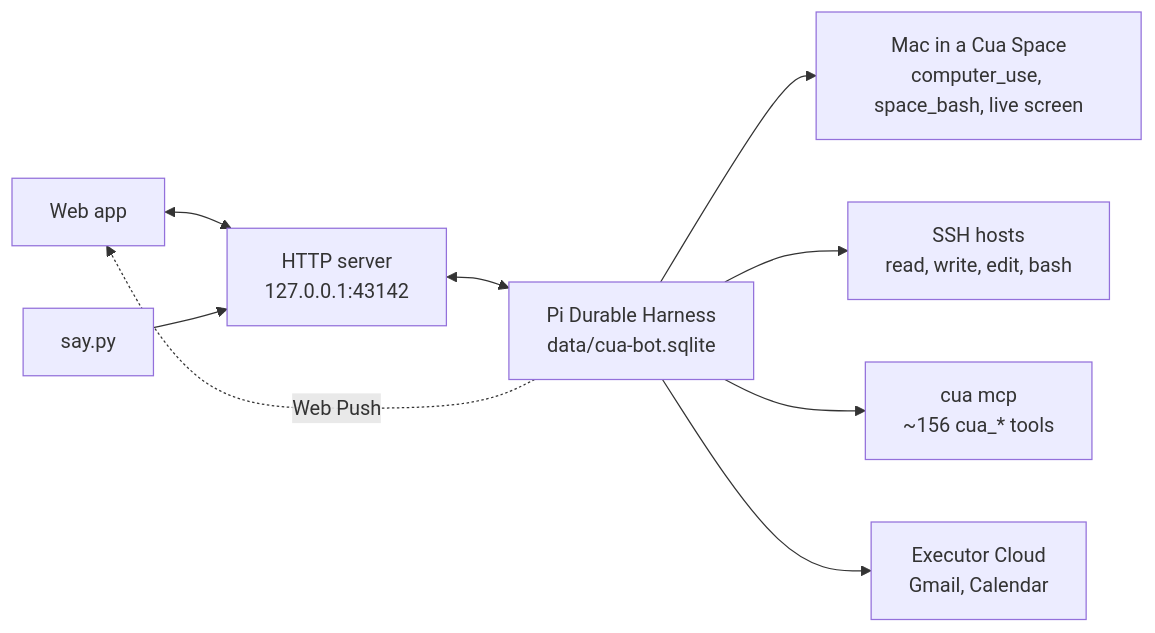
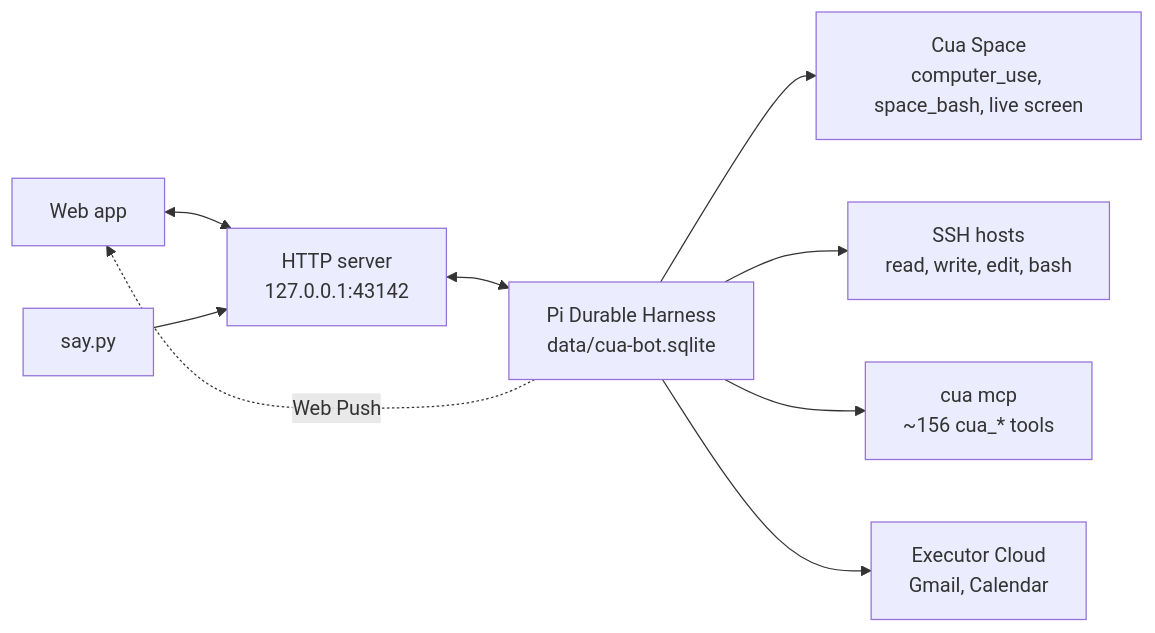
Before and after one commit to stanley50z/cua-bot: the diagram in docs/architecture.md, drawn with Mermaid. The commit also changed other lines of this file and 3 other files, not shown here.

````diff
--- a/docs/architecture.md
+++ b/docs/architecture.md
@@ -5,11 +5,11 @@
 ```mermaid
 flowchart LR
   browser[Web app] <--> server
   say[say.py] --> server
   server["HTTP server<br/>127.0.0.1:43142"] <--> harness["Pi Durable Harness<br/>data/cua-bot.sqlite"]
-  harness --> mac["Mac in a Cua Space<br/>computer_use, space_bash, live screen"]
+  harness --> space["Cua Space<br/>computer_use, space_bash, live screen"]
   harness --> ssh["SSH hosts<br/>read, write, edit, bash"]
   harness --> cua["cua mcp<br/>~156 cua_* tools"]
   harness --> executor["Executor Cloud<br/>Gmail, Calendar"]
   harness -. Web Push .-> browser
 ```
````
